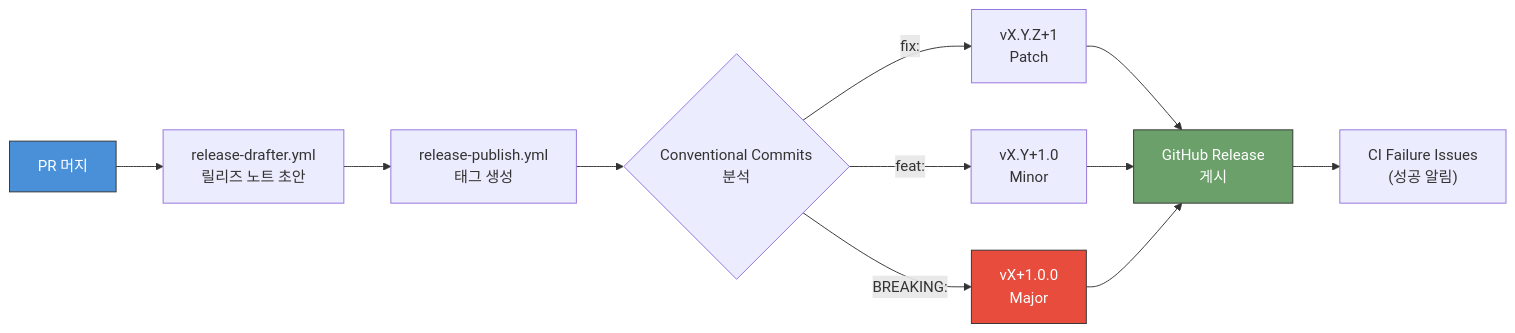
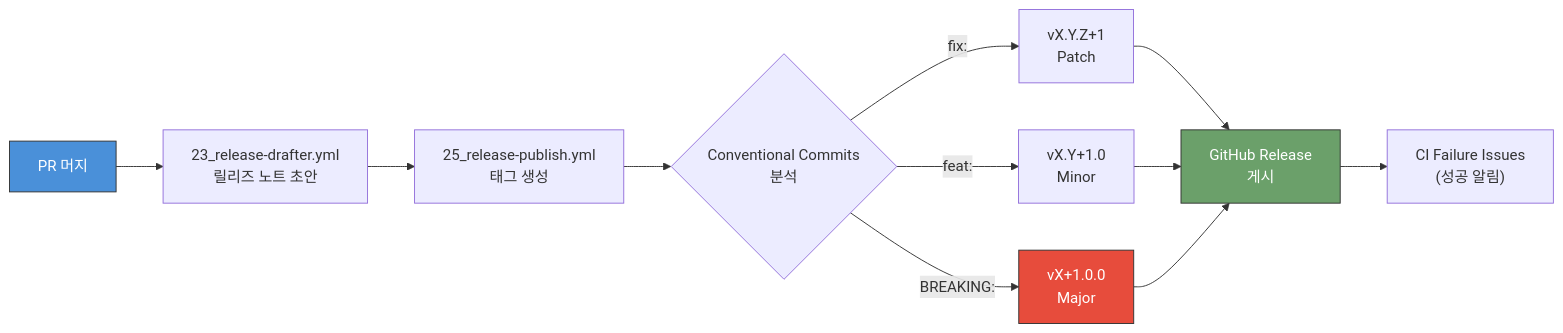
Before and after one commit to jclee941/.github: the ninth of 10 diagrams in docs/architecture.md, drawn with Mermaid. The commit also changed other lines of this file and 11 other files, not shown here.

First line of the commit message:
docs: fix broken config references and upgrade legacy markdown diagrams

````diff
--- a/docs/architecture.md
+++ b/docs/architecture.md
@@ -396,21 +396,21 @@
 ```mermaid
 flowchart LR
-    MERGED["PR 머지"] --> DRAFTER["release-drafter.yml<br/>릴리즈 노트 초안"]
+    MERGED["PR 머지"] --> DRAFTER["23_release-drafter.yml<br/>릴리즈 노트 초안"]
     
-    DRAFTER --> TAG["release-publish.yml<br/>태그 생성"]
+    DRAFTER --> TAG["25_release-publish.yml<br/>태그 생성"]
     TAG --> SEMVER{"Conventional Commits<br/>분석"}
     
     SEMVER -->|fix:| PATCH["vX.Y.Z+1<br/>Patch"]
     SEMVER -->|feat:| MINOR["vX.Y+1.0<br/>Minor"]
     SEMVER -->|BREAKING:| MAJOR["vX+1.0.0<br/>Major"]
     
     PATCH --> RELEASE["GitHub Release<br/>게시"]
     MINOR --> RELEASE
     MAJOR --> RELEASE
     
     RELEASE --> NOTIFY["CI Failure Issues<br/>(성공 알림)"]
     
     style MERGED fill:#4a90d9,stroke:#333,color:#fff
     style RELEASE fill:#6ba06a,stroke:#333,color:#fff
     style MAJOR fill:#e74c3c,stroke:#333,color:#fff
 ```
````
